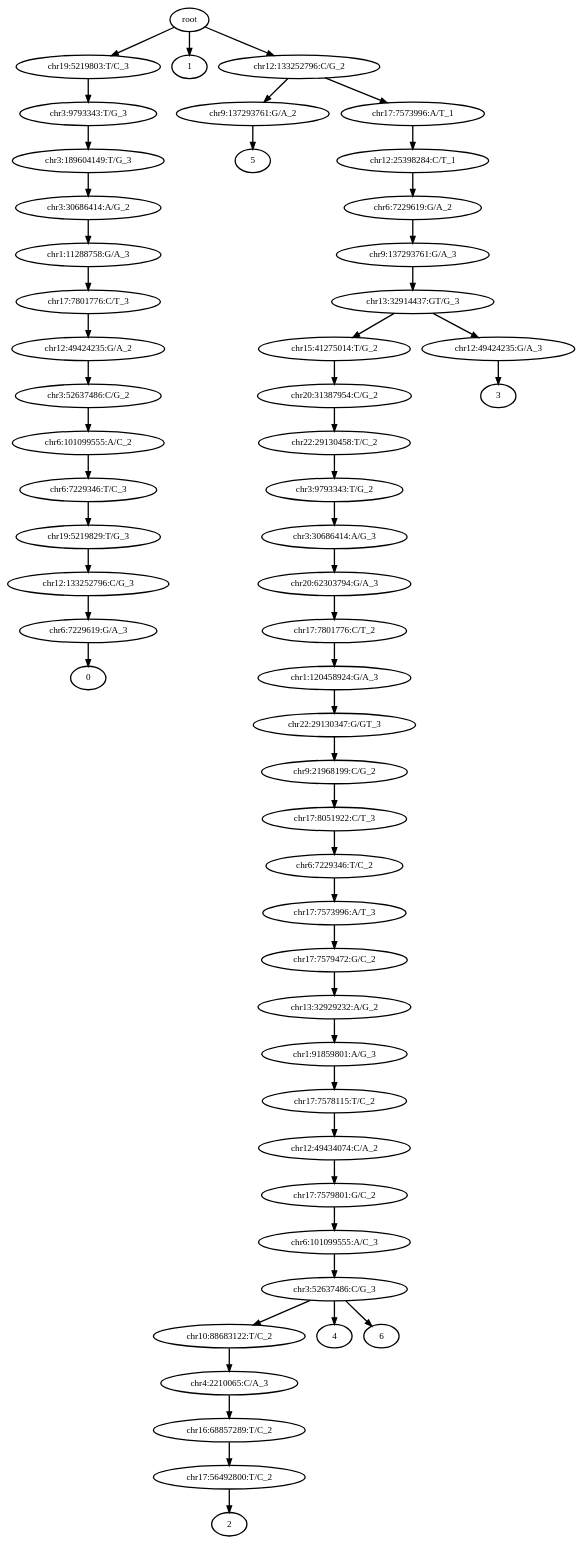
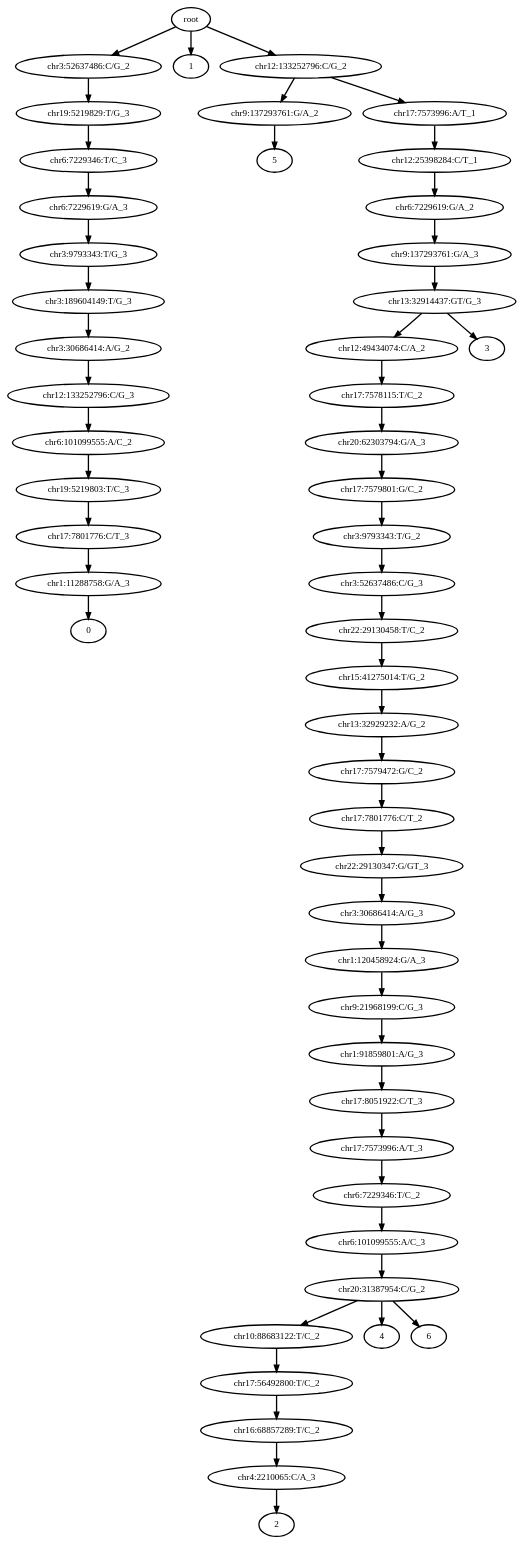
One commit to haochenz96/Tapestri_main_manuscript_analysis changed the diagram in 0_condor_pipeline/condor_outputs/BPA-2/out_tree.dot. Above: the diagram before and after it, drawn with Graphviz. The commit also changed 68 other files, not shown here.

```diff
--- a/0_condor_pipeline/condor_outputs/BPA-2/out_tree.dot
+++ b/0_condor_pipeline/condor_outputs/BPA-2/out_tree.dot
@@ -1,111 +1,107 @@
 digraph N {
 	overlap="false"
 	rankdir="TB"
 	0 [label="root", style="bold"];
-	1 [label="chr19:5219803:T/C_3", style="bold"];
-	2 [label="chr3:9793343:T/G_3", style="bold"];
-	3 [label="chr3:189604149:T/G_3", style="bold"];
-	4 [label="chr3:30686414:A/G_2", style="bold"];
-	5 [label="chr1:11288758:G/A_3", style="bold"];
-	6 [label="chr17:7801776:C/T_3", style="bold"];
-	7 [label="chr12:49424235:G/A_2", style="bold"];
-	8 [label="chr3:52637486:C/G_2", style="bold"];
+	1 [label="chr3:52637486:C/G_2", style="bold"];
+	2 [label="chr19:5219829:T/G_3", style="bold"];
+	3 [label="chr6:7229346:T/C_3", style="bold"];
+	4 [label="chr6:7229619:G/A_3", style="bold"];
+	5 [label="chr3:9793343:T/G_3", style="bold"];
+	6 [label="chr3:189604149:T/G_3", style="bold"];
+	7 [label="chr3:30686414:A/G_2", style="bold"];
+	8 [label="chr12:133252796:C/G_3", style="bold"];
 	9 [label="chr6:101099555:A/C_2", style="bold"];
-	10 [label="chr6:7229346:T/C_3", style="bold"];
-	11 [label="chr19:5219829:T/G_3", style="bold"];
-	12 [label="chr12:133252796:C/G_3", style="bold"];
-	13 [label="chr6:7229619:G/A_3", style="bold"];
-	14 [label="0", style="bold"];
-	15 [label="1", style="bold"];
-	16 [label="chr12:133252796:C/G_2", style="bold"];
-	17 [label="chr15:41275014:T/G_2", style="bold"];
-	18 [label="chr20:31387954:C/G_2", style="bold"];
-	19 [label="chr22:29130458:T/C_2", style="bold"];
+	10 [label="chr19:5219803:T/C_3", style="bold"];
+	11 [label="chr17:7801776:C/T_3", style="bold"];
+	12 [label="chr1:11288758:G/A_3", style="bold"];
+	13 [label="0", style="bold"];
+	14 [label="1", style="bold"];
+	15 [label="chr12:133252796:C/G_2", style="bold"];
+	16 [label="chr12:49434074:C/A_2", style="bold"];
+	17 [label="chr17:7578115:T/C_2", style="bold"];
+	18 [label="chr20:62303794:G/A_3", style="bold"];
+	19 [label="chr17:7579801:G/C_2", style="bold"];
 	20 [label="chr3:9793343:T/G_2", style="bold"];
-	21 [label="chr3:30686414:A/G_3", style="bold"];
-	22 [label="chr20:62303794:G/A_3", style="bold"];
-	23 [label="chr17:7801776:C/T_2", style="bold"];
-	24 [label="chr1:120458924:G/A_3", style="bold"];
-	25 [label="chr22:29130347:G/GT_3", style="bold"];
-	26 [label="chr9:21968199:C/G_2", style="bold"];
-	27 [label="chr17:8051922:C/T_3", style="bold"];
-	28 [label="chr6:7229346:T/C_2", style="bold"];
-	29 [label="chr17:7573996:A/T_3", style="bold"];
-	30 [label="chr17:7579472:G/C_2", style="bold"];
-	31 [label="chr13:32929232:A/G_2", style="bold"];
-	32 [label="chr1:91859801:A/G_3", style="bold"];
-	33 [label="chr17:7578115:T/C_2", style="bold"];
-	34 [label="chr12:49434074:C/A_2", style="bold"];
-	35 [label="chr17:7579801:G/C_2", style="bold"];
-	36 [label="chr6:101099555:A/C_3", style="bold"];
-	37 [label="chr3:52637486:C/G_3", style="bold"];
-	38 [label="chr10:88683122:T/C_2", style="bold"];
-	39 [label="chr4:2210065:C/A_3", style="bold"];
-	40 [label="chr16:68857289:T/C_2", style="bold"];
-	41 [label="chr17:56492800:T/C_2", style="bold"];
-	42 [label="2", style="bold"];
-	43 [label="chr12:49424235:G/A_3", style="bold"];
-	44 [label="3", style="bold"];
-	45 [label="4", style="bold"];
-	46 [label="chr9:137293761:G/A_2", style="bold"];
-	47 [label="5", style="bold"];
-	48 [label="6", style="bold"];
-	49 [label="chr6:7229619:G/A_2", style="bold"];
-	50 [label="chr9:137293761:G/A_3", style="bold"];
-	51 [label="chr13:32914437:GT/G_3", style="bold"];
-	52 [label="chr17:7573996:A/T_1", style="bold"];
-	53 [label="chr12:25398284:C/T_1", style="bold"];
+	21 [label="chr3:52637486:C/G_3", style="bold"];
+	22 [label="chr22:29130458:T/C_2", style="bold"];
+	23 [label="chr15:41275014:T/G_2", style="bold"];
+	24 [label="chr13:32929232:A/G_2", style="bold"];
+	25 [label="chr17:7579472:G/C_2", style="bold"];
+	26 [label="chr17:7801776:C/T_2", style="bold"];
+	27 [label="chr22:29130347:G/GT_3", style="bold"];
+	28 [label="chr3:30686414:A/G_3", style="bold"];
+	29 [label="chr1:120458924:G/A_3", style="bold"];
+	30 [label="chr9:21968199:C/G_3", style="bold"];
+	31 [label="chr1:91859801:A/G_3", style="bold"];
+	32 [label="chr17:8051922:C/T_3", style="bold"];
+	33 [label="chr17:7573996:A/T_3", style="bold"];
+	34 [label="chr6:7229346:T/C_2", style="bold"];
+	35 [label="chr6:101099555:A/C_3", style="bold"];
+	36 [label="chr20:31387954:C/G_2", style="bold"];
+	37 [label="chr10:88683122:T/C_2", style="bold"];
+	38 [label="chr17:56492800:T/C_2", style="bold"];
+	39 [label="chr16:68857289:T/C_2", style="bold"];
+	40 [label="chr4:2210065:C/A_3", style="bold"];
+	41 [label="2", style="bold"];
+	42 [label="3", style="bold"];
+	43 [label="4", style="bold"];
+	44 [label="chr9:137293761:G/A_2", style="bold"];
+	45 [label="5", style="bold"];
+	46 [label="6", style="bold"];
+	47 [label="chr6:7229619:G/A_2", style="bold"];
+	48 [label="chr9:137293761:G/A_3", style="bold"];
+	49 [label="chr13:32914437:GT/G_3", style="bold"];
+	50 [label="chr17:7573996:A/T_1", style="bold"];
+	51 [label="chr12:25398284:C/T_1", style="bold"];
 	0 -> 1 [style="bold"];
+	0 -> 14 [style="bold"];
 	0 -> 15 [style="bold"];
-	0 -> 16 [style="bold"];
 	1 -> 2 [style="bold"];
 	2 -> 3 [style="bold"];
 	3 -> 4 [style="bold"];
 	4 -> 5 [style="bold"];
 	5 -> 6 [style="bold"];
 	6 -> 7 [style="bold"];
 	7 -> 8 [style="bold"];
 	8 -> 9 [style="bold"];
 	9 -> 10 [style="bold"];
 	10 -> 11 [style="bold"];
 	11 -> 12 [style="bold"];
 	12 -> 13 [style="bold"];
-	13 -> 14 [style="bold"];
-	16 -> 46 [style="bold"];
-	16 -> 52 [style="bold"];
+	15 -> 44 [style="bold"];
+	15 -> 50 [style="bold"];
+	16 -> 17 [style="bold"];
 	17 -> 18 [style="bold"];
 	18 -> 19 [style="bold"];
 	19 -> 20 [style="bold"];
 	20 -> 21 [style="bold"];
 	21 -> 22 [style="bold"];
 	22 -> 23 [style="bold"];
 	23 -> 24 [style="bold"];
 	24 -> 25 [style="bold"];
 	25 -> 26 [style="bold"];
 	26 -> 27 [style="bold"];
 	27 -> 28 [style="bold"];
 	28 -> 29 [style="bold"];
 	29 -> 30 [style="bold"];
 	30 -> 31 [style="bold"];
 	31 -> 32 [style="bold"];
 	32 -> 33 [style="bold"];
 	33 -> 34 [style="bold"];
 	34 -> 35 [style="bold"];
 	35 -> 36 [style="bold"];
 	36 -> 37 [style="bold"];
+	36 -> 43 [style="bold"];
+	36 -> 46 [style="bold"];
 	37 -> 38 [style="bold"];
-	37 -> 45 [style="bold"];
-	37 -> 48 [style="bold"];
 	38 -> 39 [style="bold"];
 	39 -> 40 [style="bold"];
 	40 -> 41 [style="bold"];
-	41 -> 42 [style="bold"];
-	43 -> 44 [style="bold"];
-	46 -> 47 [style="bold"];
-	49 -> 50 [style="bold"];
+	44 -> 45 [style="bold"];
+	47 -> 48 [style="bold"];
+	48 -> 49 [style="bold"];
+	49 -> 16 [style="bold"];
+	49 -> 42 [style="bold"];
 	50 -> 51 [style="bold"];
-	51 -> 17 [style="bold"];
-	51 -> 43 [style="bold"];
-	52 -> 53 [style="bold"];
-	53 -> 49 [style="bold"];
+	51 -> 47 [style="bold"];
 }
```
